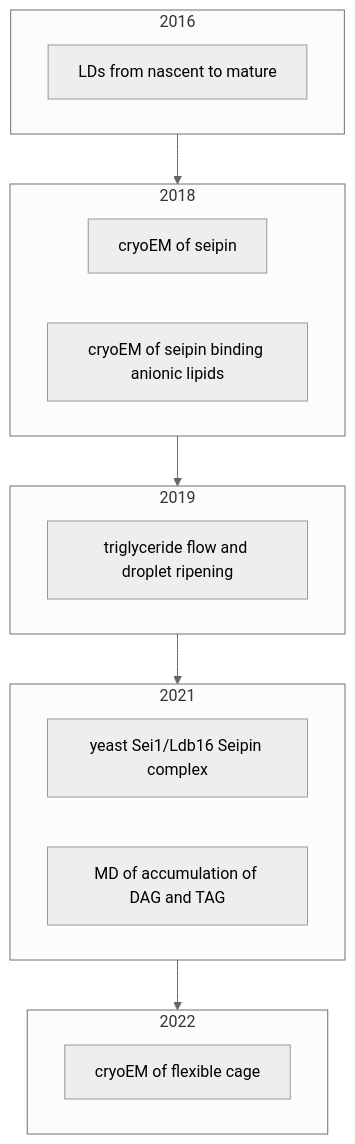
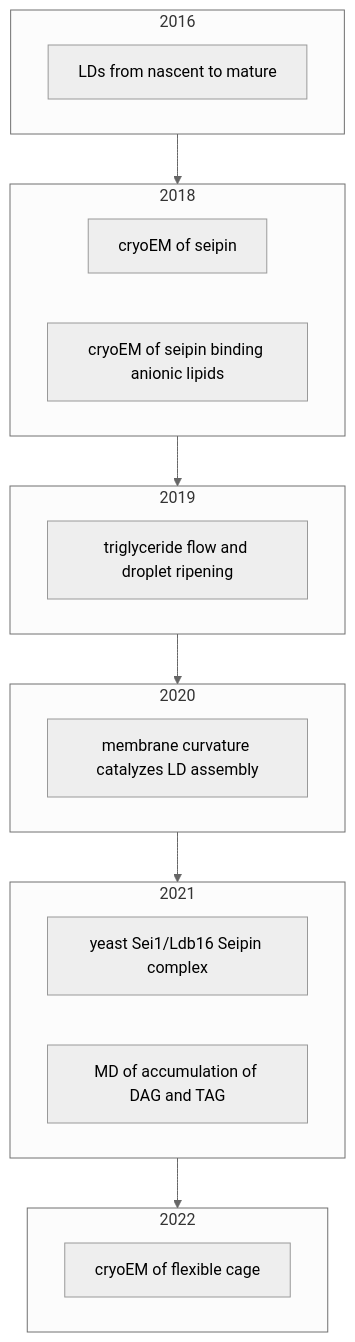
One commit to psichen/psichen.github.io changed the first of 9 diagrams in source/resources/mindmap/seipin.md. Above: the diagram before and after it, drawn with Mermaid (neutral theme). The commit also changed other lines of this file, not shown here.

````diff
--- a/source/resources/mindmap/seipin.md
+++ b/source/resources/mindmap/seipin.md
@@ -24,43 +25,49 @@
 ```mermaid
 flowchart TB
 
 2016_nascent_mature["LDs from nascent to mature"]
 2018_cryoEM_JCB["cryoEM of seipin"]
 2018_anionic["cryoEM of seipin binding anionic lipids"]
 2019_triglyceride["triglyceride flow and droplet ripening"]
+2020_curvature["membrane curvature catalyzes LD assembly"]
 2021_Sei1["yeast Sei1/Ldb16 Seipin complex"]
 2021_accumulation_MD["MD of accumulation of DAG and TAG"]
 2022_cage["cryoEM of flexible cage"]
 
 click 2016_nascent_mature href "./seipin#nascent_mature" _self
 click 2018_cryoEM_JCB href "./seipin#cryoem_jcb" _self
 click 2018_anionic href "./seipin#anionic" _self
 click 2019_triglyceride href "./seipin#triglyceride" _self
+click 2020_curvature href "./seipin#curvature" _self
 click 2021_Sei1 href "./seipin#sei1" _self
 click 2021_accumulation_MD "./seipin#accumulation_md" _self
 click 2022_cage href "./seipin#cage" _self
 
 subgraph 2016
         2016_nascent_mature
 end
 
 subgraph 2018
         2018_cryoEM_JCB
         2018_anionic
 end
 
 subgraph 2019
         2019_triglyceride
 end
 
+subgraph 2020
+        2020_curvature
+end
+
 subgraph 2021
         2021_Sei1
         2021_accumulation_MD
 end
 
 subgraph 2022
         2022_cage
 end
 
-2016 --> 2018 --> 2019 --> 2021 --> 2022
+2016 --> 2018 --> 2019 --> 2020 --> 2021 --> 2022
 ```
````
